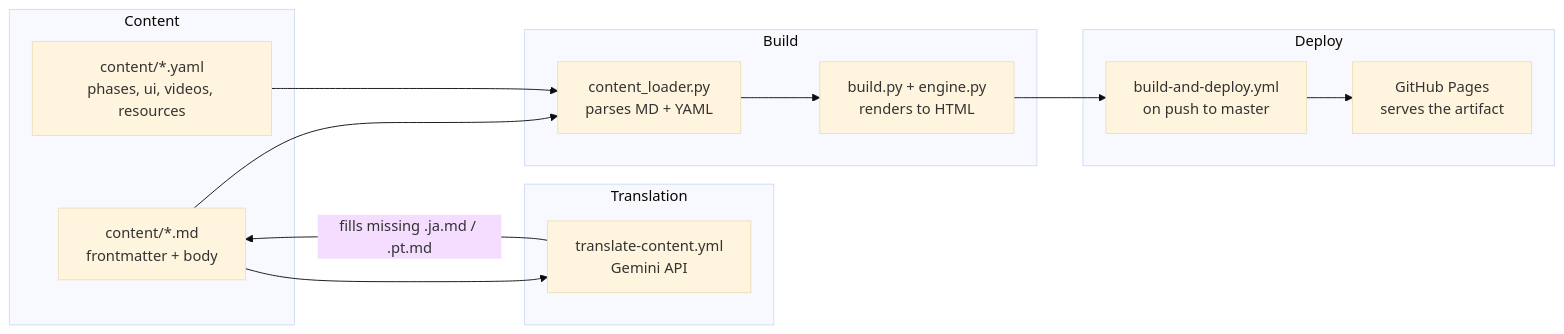
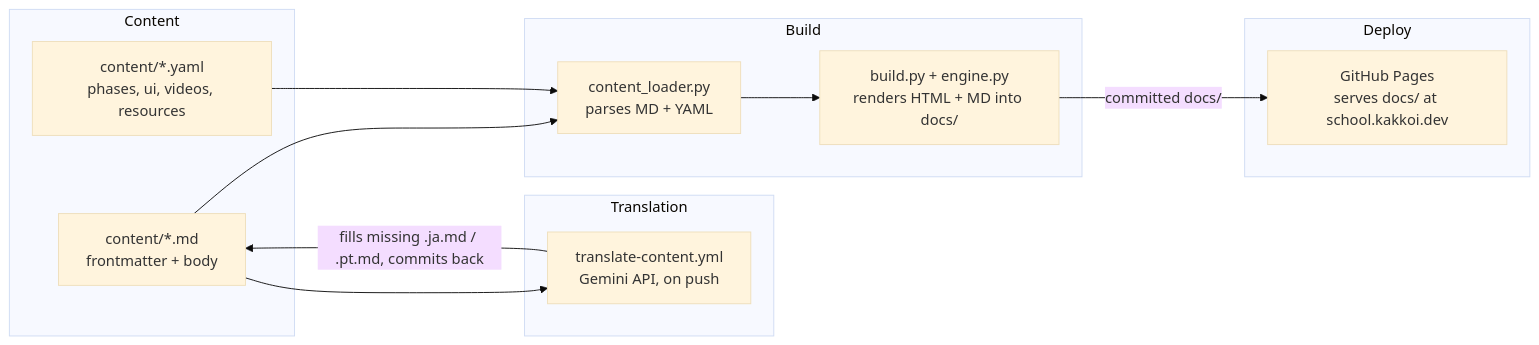
Before and after one commit to KakkoiDev/izumo-io: the first of 2 diagrams in content/theory/r10.md, drawn with Mermaid (base theme). The commit also changed other lines of this file and 8 other files, not shown here.

Commit message:
Point docs and R10 case study at school.kakkoi.dev, refresh counts

````diff
--- a/content/theory/r10.md
+++ b/content/theory/r10.md
@@ -14,25 +14,23 @@
 ```mermaid
 flowchart LR
-    subgraph "Content"
-        A[content/*.md<br/>frontmatter + body]
-        B[content/*.yaml<br/>phases, ui, videos, resources]
+    subgraph Content
+        A["content/*.md<br/>frontmatter + body"]
+        B["content/*.yaml<br/>phases, ui, videos, resources"]
     end
-    subgraph "Translation"
-        T[translate-content.yml<br/>Gemini API]
+    subgraph Translation
+        T["translate-content.yml<br/>Gemini API, on push"]
     end
-    subgraph "Build"
-        C[content_loader.py<br/>parses MD + YAML]
-        D[build.py + engine.py<br/>renders to HTML]
+    subgraph Build
+        C["content_loader.py<br/>parses MD + YAML"]
+        D["build.py + engine.py<br/>renders HTML + MD into docs/"]
     end
-    subgraph "Deploy"
-        E[build-and-deploy.yml<br/>on push to master]
-        F[GitHub Pages<br/>serves the artifact]
+    subgraph Deploy
+        F["GitHub Pages<br/>serves docs/ at school.kakkoi.dev"]
     end
     A --> T
-    T -->|fills missing .ja.md / .pt.md| A
+    T -->|fills missing .ja.md / .pt.md, commits back| A
     A --> C
     B --> C
     C --> D
-    D --> E
-    E --> F
+    D -->|committed docs/| F
 ```
````
